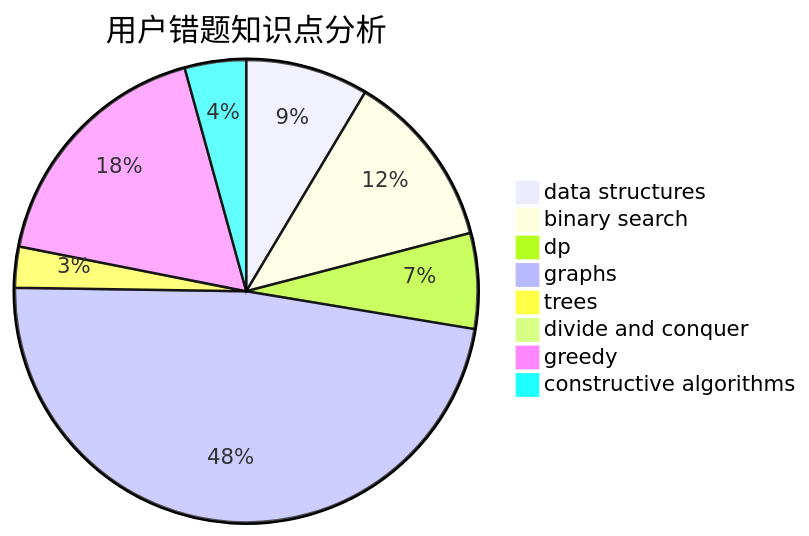
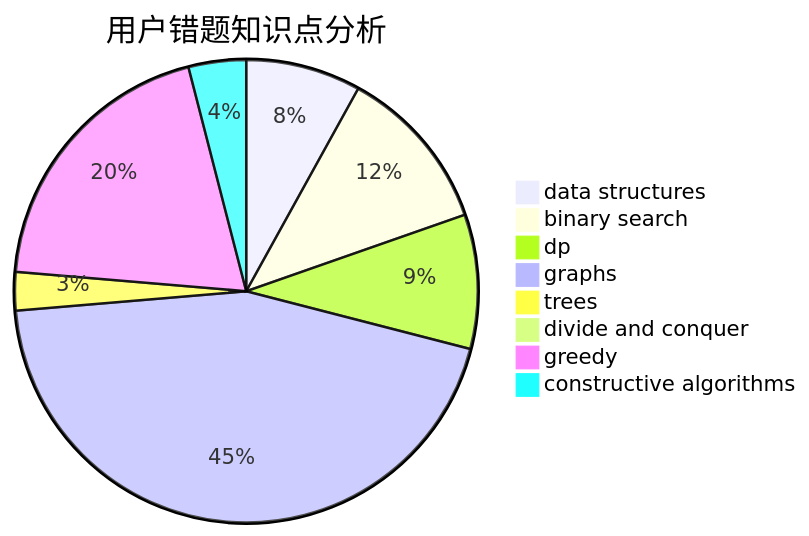
One commit to sherpahu/cfrs.github.io changed the third of 3 diagrams in docs/user/u1647.md. Above: the diagram before and after it, drawn with Mermaid. The commit also changed other lines of this file and 2770 other files, not shown here.

````diff
--- a/docs/user/u1647.md
+++ b/docs/user/u1647.md
@@ -36,11 +36,11 @@
 ```mermaid
 pie title 用户错题知识点分析
     "data structures" :  18
     "binary search" :  26
-    "dp" :  14
+    "dp" :  21
     "graphs" :  100
     "trees" :  6
     "divide and conquer" :  0
-    "greedy" :  37
+    "greedy" :  44
     "constructive algorithms" :  9
 ```
````
